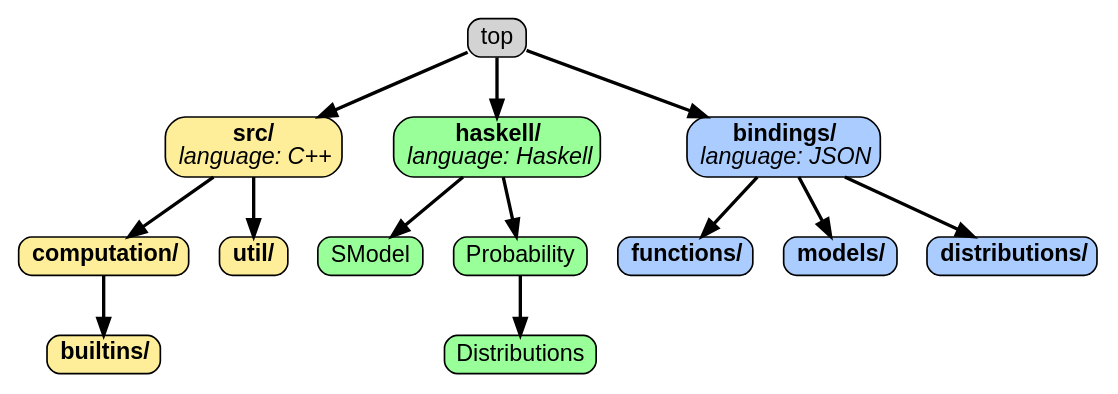
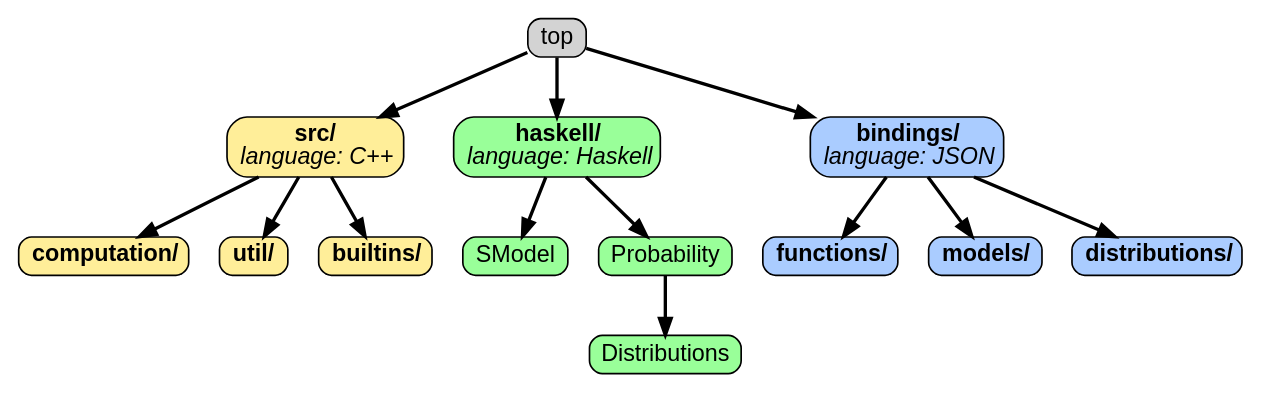
One commit to bredelings/BAli-Phy changed the diagram in doc/developer/code-layout.dot. Above: the diagram before and after it, drawn with Graphviz.

Commit message:
Update code-layout figure.

```diff
--- a/doc/developer/code-layout.dot
+++ b/doc/developer/code-layout.dot
@@ -1,45 +1,45 @@
 digraph "Code Layout" {
 graph [ranksep=0.25, fontname=Arial,  nodesep=0.25, ranksep=0.5];
 node [fontname=Arial, style="filled,rounded", height=0, width=0, shape=box];
 edge [style="setlinewidth(2)"];
 
 subgraph src_dir
 {
 node [fillcolor="#ffee99"]
 src [label=<<b>src/</b><br/><i>language: C++</i>>]
 src -> computation
 computation [label=<<b>computation/</b>>]
 src -> util
 util [label=<<b>util/</b>>]
-computation -> builtins
+src -> builtins
 builtins [label=<<b>builtins/</b>>]
 }
 
 
 subgraph modules_dir
 {
 node [fillcolor="#99ff99"]
 modules -> SModel
 modules [label=<<b>haskell/</b><br/><i>language: Haskell</i>>]
 modules -> Probability
 Probability -> Distributions
 }
 
 subgraph modules_dir
 {
 node [fillcolor="#aaccff"]
 bindings [label=<<b>bindings/</b><br/><i>language: JSON</i>>]
 bindings -> functions
 functions [label=<<b>functions/</b>>]
 bindings -> models
 models [label=<<b>models/</b>>]
 bindings -> distributions
 distributions [label=<<b>distributions/</b>>]
 }
 
 top -> src
 top -> modules
 top -> bindings
 
 
 }
```
